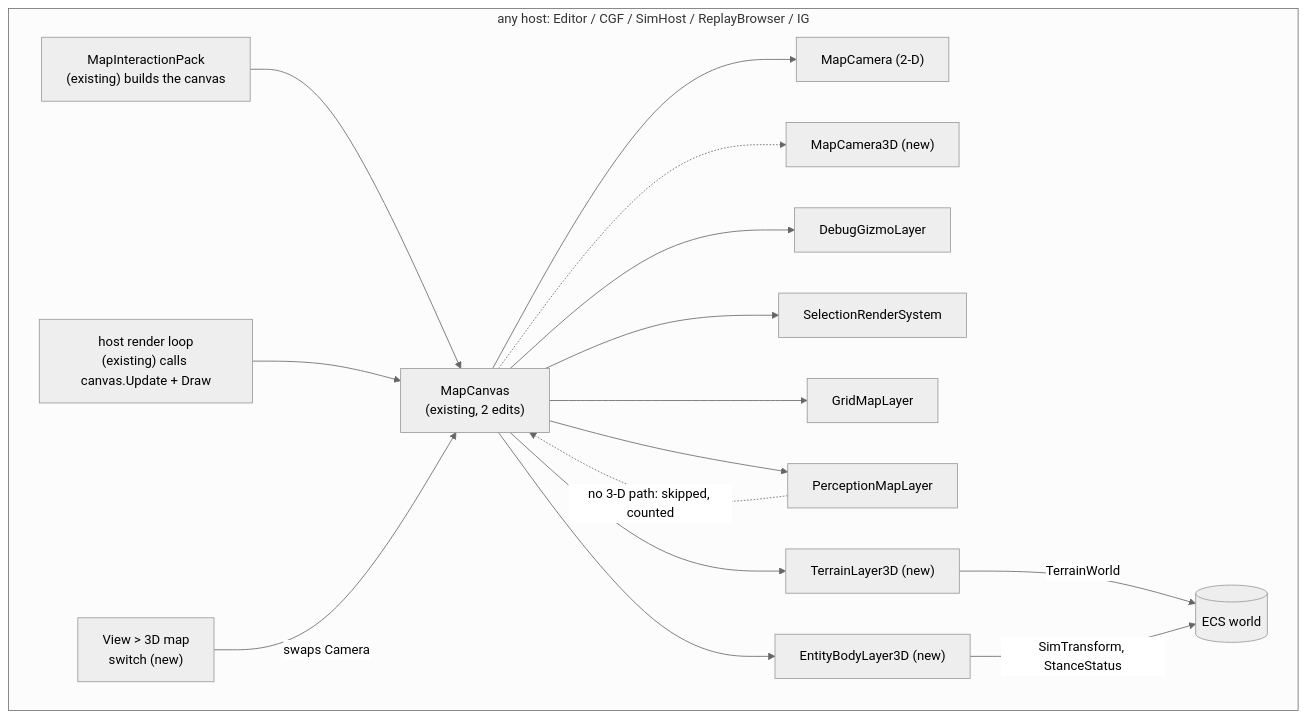
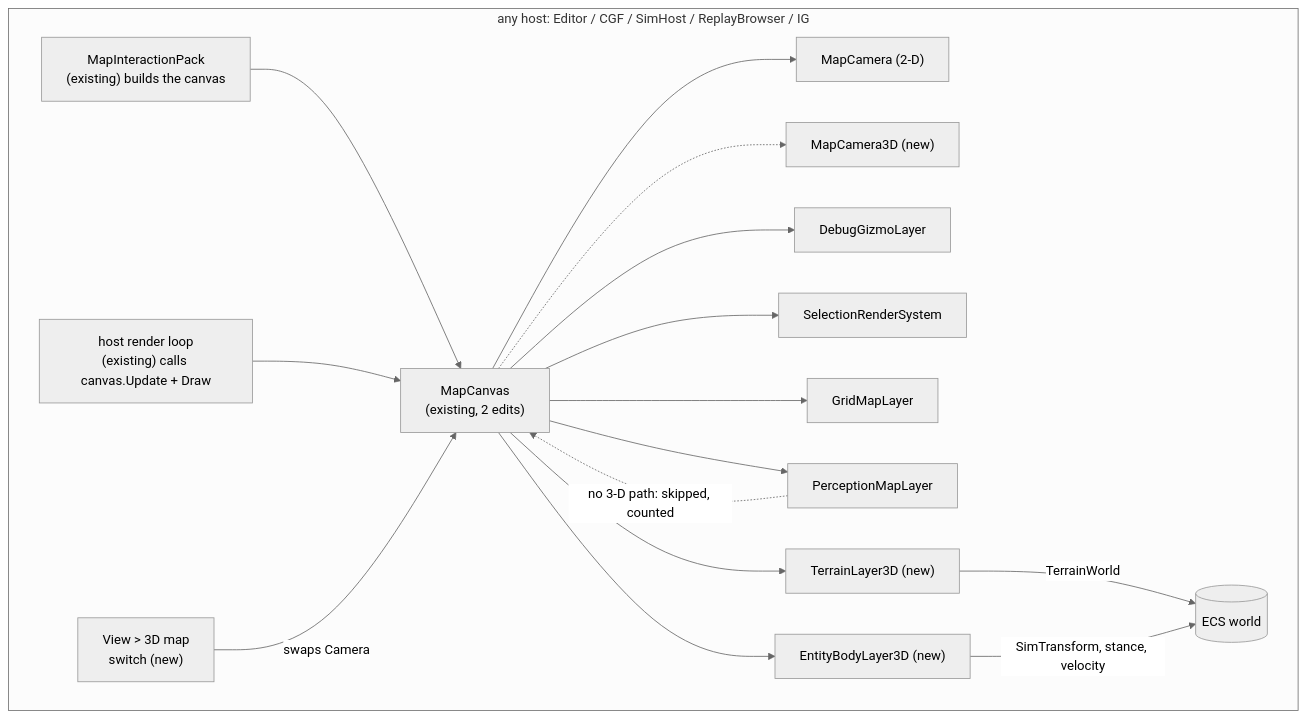
One commit to pjanec/HROT changed the first of 5 diagrams in docs/DESIGN_Map_3D_Mode.md. Above: the diagram before and after it, drawn with Mermaid (neutral theme). The commit also changed other lines of this file and 1 other file, not shown here.

````diff
--- a/docs/DESIGN_Map_3D_Mode.md
+++ b/docs/DESIGN_Map_3D_Mode.md
@@ -74,32 +75,32 @@
 ```mermaid
 graph TD
   subgraph HOST["any host: Editor / CGF / SimHost / ReplayBrowser / IG"]
     LOOP["host render loop<br/>(existing) calls canvas.Update + Draw"]
     MP["MapInteractionPack<br/>(existing) builds the canvas"]
     MC["MapCanvas<br/>(existing, 2 edits)"]
     C2["MapCamera (2-D)"]
     C3["MapCamera3D (new)"]
     SW["View > 3D map<br/>switch (new)"]
     L1["DebugGizmoLayer"]
     L2["SelectionRenderSystem"]
     L3["GridMapLayer"]
     L4["PerceptionMapLayer"]
     T3["TerrainLayer3D (new)"]
     E3["EntityBodyLayer3D (new)"]
     W[(ECS world)]
     MP --> MC
     LOOP --> MC
     SW -- "swaps Camera" --> MC
     MC --> C2
     MC -.-> C3
     MC --> L1
     MC --> L2
     MC --> L3
     MC --> L4
     MC --> T3
     MC --> E3
     T3 -- TerrainWorld --> W
-    E3 -- SimTransform, StanceStatus --> W
+    E3 -- SimTransform, stance, velocity --> W
   end
   L4 -. "no 3-D path: skipped, counted" .-> MC
 ```
````
